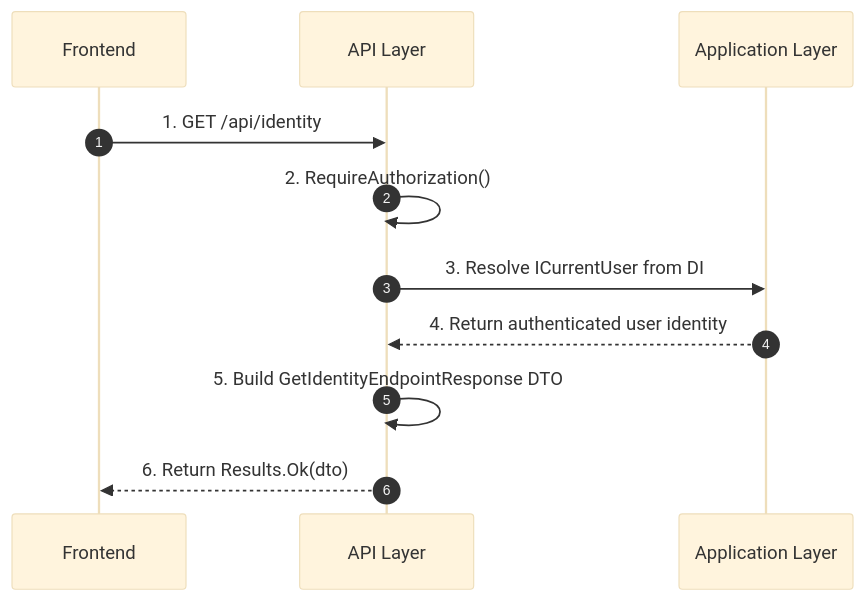
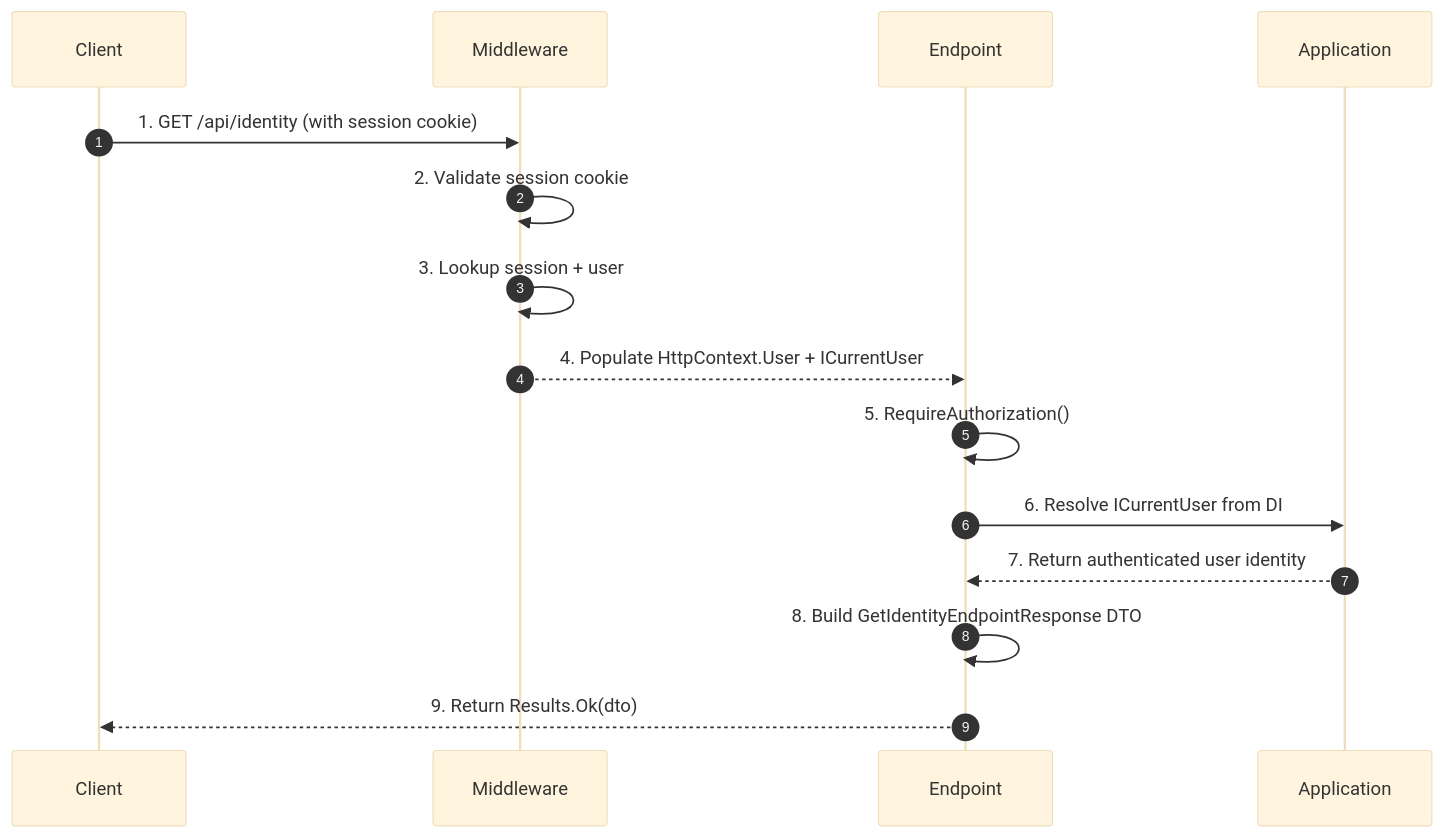
Before and after one commit to FrankJHughes/camp-fit-fur-dogs: the diagram in docs/Frank/Identity/guides/developer/get-identity/README.md, drawn with Mermaid (base theme). The commit also changed other lines of this file and 20 other files, not shown here.

Commit message:
document: use sequence instead of swimlane diagrams and add the top level developer guide for frank identity

````diff
--- a/docs/Frank/Identity/guides/developer/get-identity/README.md
+++ b/docs/Frank/Identity/guides/developer/get-identity/README.md
@@ -18,15 +19,21 @@
 ```mermaid
 sequenceDiagram
     autonumber
 
-    participant CLIENT as Frontend
-    participant API as API Layer
-    participant APP as Application Layer
+    participant CLIENT as Client
+    participant MID as Middleware
+    participant API as Endpoint
+    participant APP as Application
 
-    CLIENT->>API: 1. GET /api/identity
-    API->>API: 2. RequireAuthorization()
-    API->>APP: 3. Resolve ICurrentUser from DI
-    APP-->>API: 4. Return authenticated user identity
-    API->>API: 5. Build GetIdentityEndpointResponse DTO
-    API-->>CLIENT: 6. Return Results.Ok(dto)
+    CLIENT->>MID: 1. GET /api/identity (with session cookie)
+    MID->>MID: 2. Validate session cookie
+    MID->>MID: 3. Lookup session + user
+    MID-->>API: 4. Populate HttpContext.User + ICurrentUser
+
+    API->>API: 5. RequireAuthorization()
+    API->>APP: 6. Resolve ICurrentUser from DI
+    APP-->>API: 7. Return authenticated user identity
+
+    API->>API: 8. Build GetIdentityEndpointResponse DTO
+    API-->>CLIENT: 9. Return Results.Ok(dto)
 ```
````
